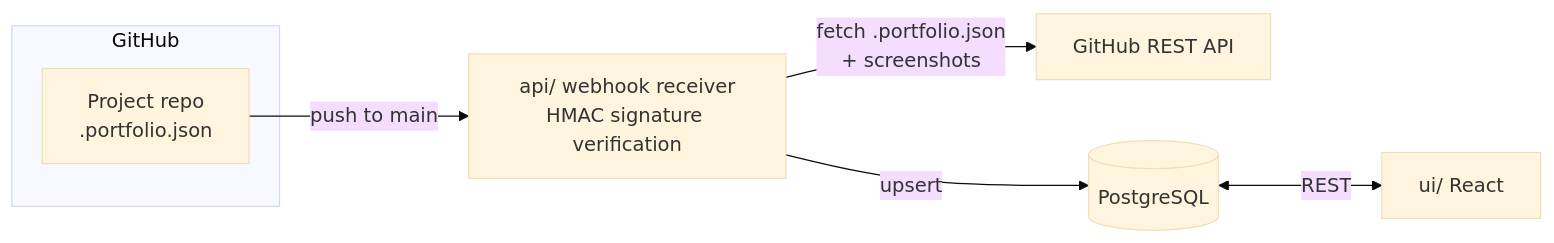
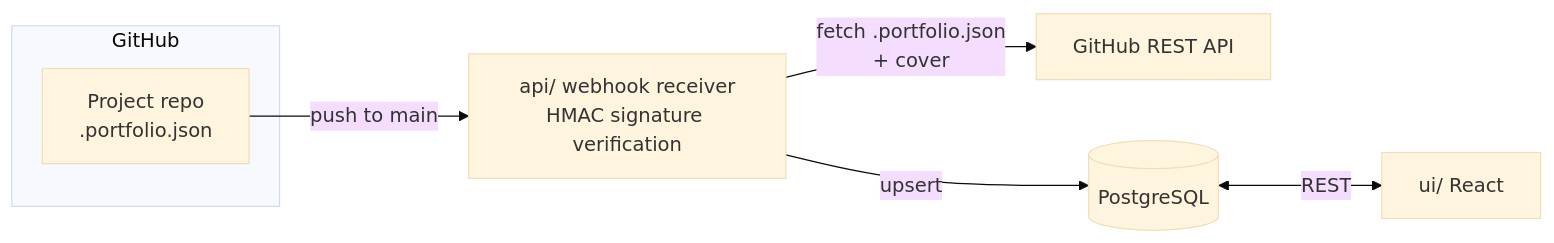
Before and after one commit to abdelaziz-ebourki/portfolio: the diagram in README.md, drawn with Mermaid (base theme). The commit also changed other lines of this file and 7 other files, not shown here.

````diff
--- a/README.md
+++ b/README.md
@@ -20,10 +20,10 @@
 ```mermaid
 flowchart LR
     subgraph GitHub
         R[Project repo<br/>.portfolio.json]
     end
     R -- "push to main" --> W[api/ webhook receiver<br/>HMAC signature verification]
-    W -- fetch .portfolio.json<br/>+ screenshots --> G[GitHub REST API]
+    W -- fetch .portfolio.json<br/>+ cover --> G[GitHub REST API]
     W -- upsert --> DB[(PostgreSQL)]
     DB <-- REST --> UI[ui/ React]
 ```
````
